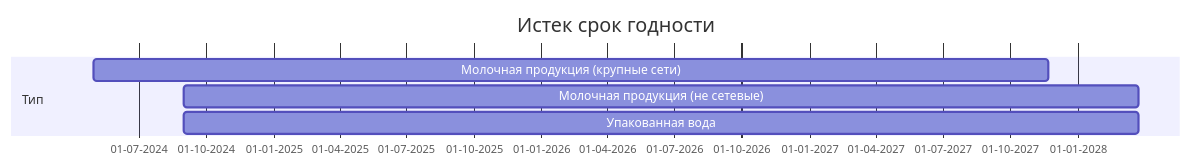
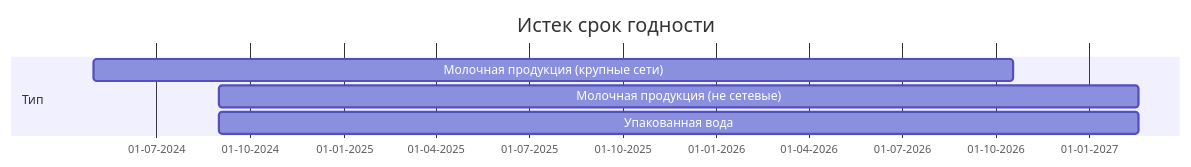
One commit to itidasoft/wiki changed the fifth of 7 diagrams in imark/ppr1944.md. Above: the diagram before and after it, drawn with Mermaid. The commit also changed other lines of this file, not shown here.

````diff
--- a/imark/ppr1944.md
+++ b/imark/ppr1944.md
@@ -249,10 +249,10 @@
 ```mermaid
 gantt
 	title Истек срок годности
   dateFormat DD-MM-YYYY
   axisFormat %d-%m-%Y
   section Тип
-  	Молочная продукция (крупные сети)    :a1, 01-05-2024, 1300d
-    Молочная продукция (не сетевые)    :a2, 01-09-2024, 1300d
-    Упакованная вода   :a3, 01-09-2024, 1300d
+  	Молочная продукция (крупные сети)    :a1, 01-05-2024, 900d
+    Молочная продукция (не сетевые)    :a2, 01-09-2024, 900d
+    Упакованная вода   :a3, 01-09-2024, 900d
 ```
````
